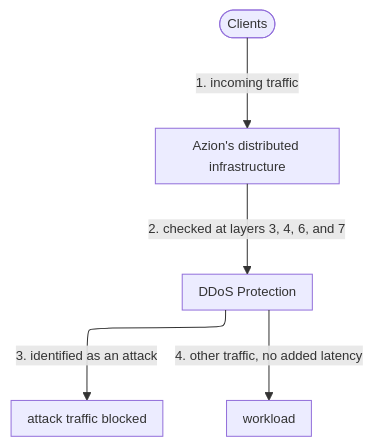
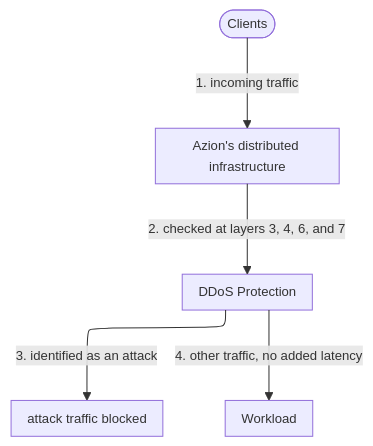
Before and after one commit to aziontech/docs: the diagram in apps/docs/src/content/docs/en/pages/main-menu/reference/secure/edge-firewall/ddos-protection/ddos-mitigation.mdx, drawn with Mermaid. The commit also changed other lines of this file and 6 other files, not shown here.

````diff
--- a/apps/docs/src/content/docs/en/pages/main-menu/reference/secure/edge-firewall/ddos-protection/ddos-mitigation.mdx
+++ b/apps/docs/src/content/docs/en/pages/main-menu/reference/secure/edge-firewall/ddos-protection/ddos-mitigation.mdx
@@ -34,13 +34,13 @@
 ```mermaid
 %%{init: {"layout": "elk", "elk": {"preset": "modelOrder", "keepEntryNodeOnTop": true}, "themeVariables": {"fontSize": "13px"}, "flowchart": {"nodeSpacing": 24, "rankSpacing": 36, "padding": 8, "wrappingWidth": 150, "useMaxWidth": true}, "sequence": {"width": 120, "actorMargin": 30, "useMaxWidth": true}}}%%
 flowchart TD
   Clients(["Clients"])
   Infra["Azion's distributed infrastructure"]
   DDoS["DDoS Protection"]
   Drop["attack traffic blocked"]
-  WL["workload"]
+  WL["Workload"]
   Clients -->|"1. incoming traffic"| Infra
   Infra -->|"2. checked at layers 3, 4, 6, and 7"| DDoS
   DDoS -->|"3. identified as an attack"| Drop
   DDoS -->|"4. other traffic, no added latency"| WL
 ```
````
